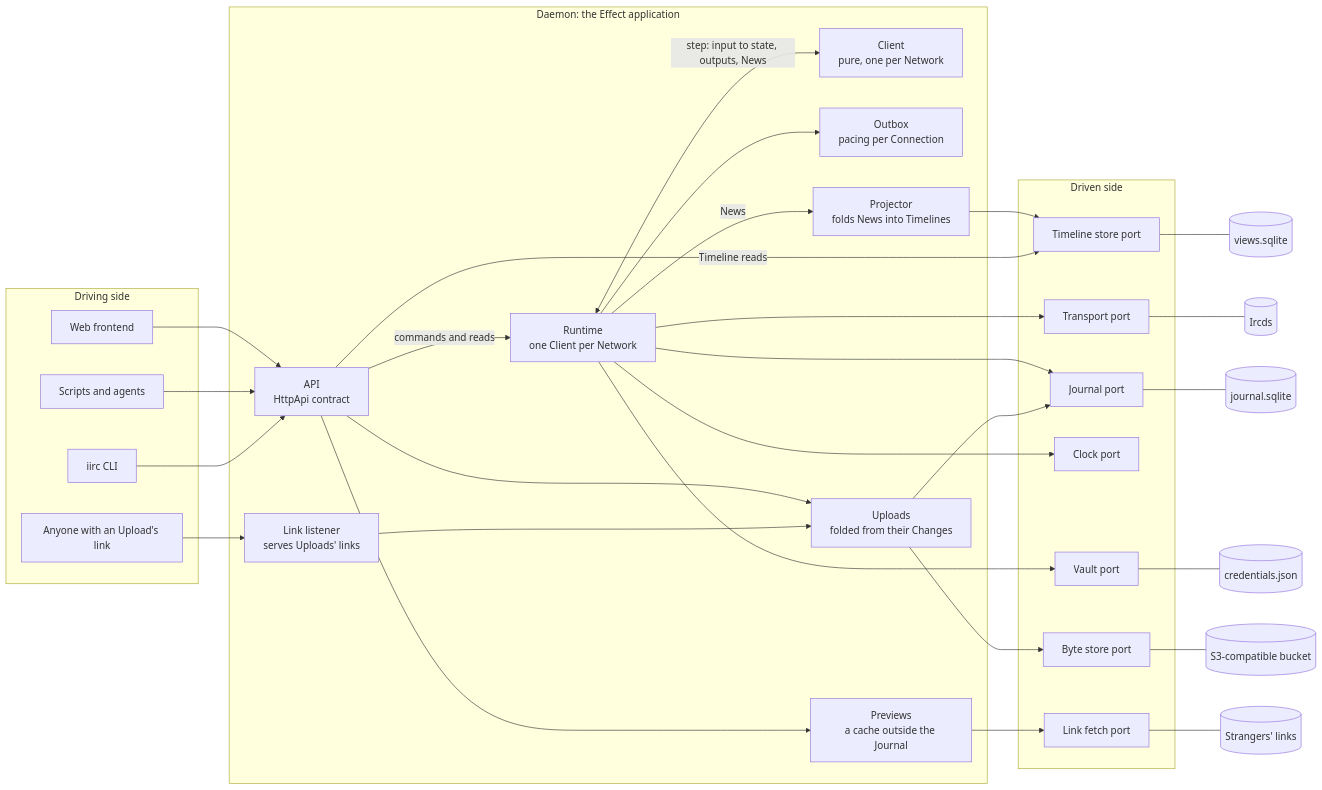
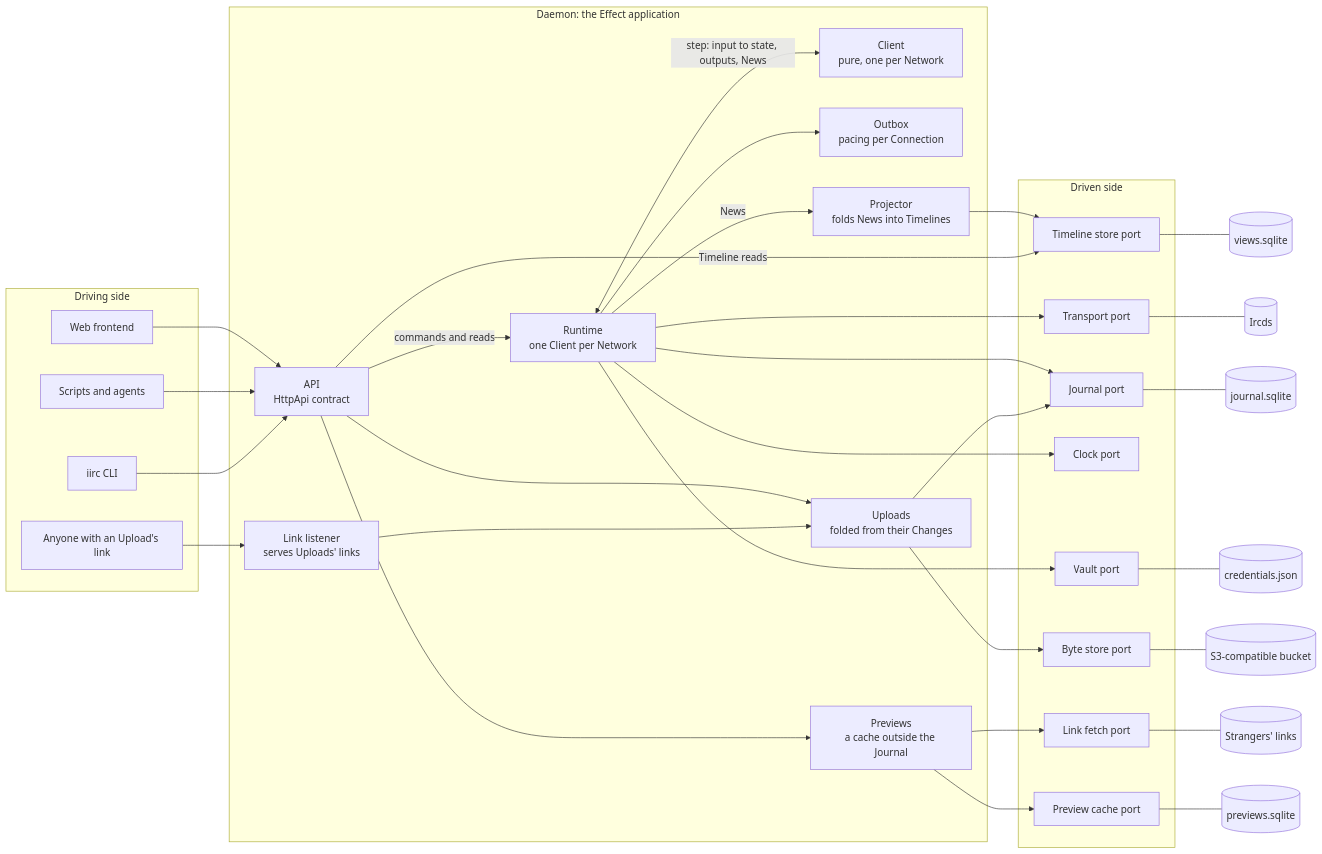
One commit to deankerr/iirc changed the first of 2 diagrams in ARCHITECTURE.md. Above: the diagram before and after it, drawn with Mermaid. The commit also changed other lines of this file and 23 other files, not shown here.

````diff
--- a/ARCHITECTURE.md
+++ b/ARCHITECTURE.md
@@ -13,50 +13,52 @@
 ```mermaid
 flowchart LR
   subgraph driving["Driving side"]
     web["Web frontend"]
     agent["Scripts and agents"]
     cli["iirc CLI"]
     public["Anyone with an Upload's link"]
   end
 
   subgraph hexagon["Daemon: the Effect application"]
     api["API<br/>HttpApi contract"]
     linkl["Link listener<br/>serves Uploads' links"]
     runtime["Runtime<br/>one Client per Network"]
     client["Client<br/>pure, one per Network"]
     outbox["Outbox<br/>pacing per Connection"]
     projector["Projector<br/>folds News into Timelines"]
     uploads["Uploads<br/>folded from their Changes"]
     previews["Previews<br/>a cache outside the Journal"]
     api -->|"commands and reads"| runtime
     runtime <-->|"step: input to state, outputs, News"| client
     runtime --> outbox
     runtime -->|"News"| projector
     api --> uploads & previews
     linkl --> uploads
   end
 
   subgraph driven["Driven side"]
     transport["Transport port"]
     journal["Journal port"]
     vault["Vault port"]
     clock["Clock port"]
     timelines["Timeline store port"]
+    previewcache["Preview cache port"]
     bytes["Byte store port"]
     fetch["Link fetch port"]
   end
 
   web & agent & cli --> api
   public --> linkl
   runtime --> transport & journal & vault & clock
   projector --> timelines
   api -->|"Timeline reads"| timelines
   uploads --> journal & bytes
-  previews --> fetch
+  previews --> fetch & previewcache
   transport --- ircd[("Ircds")]
   journal --- sqlite[("journal.sqlite")]
   vault --- store[("credentials.json")]
   timelines --- views[("views.sqlite")]
+  previewcache --- previewsdb[("previews.sqlite")]
   bytes --- bucket[("S3-compatible bucket")]
   fetch --- internet[("Strangers' links")]
 ```
````
